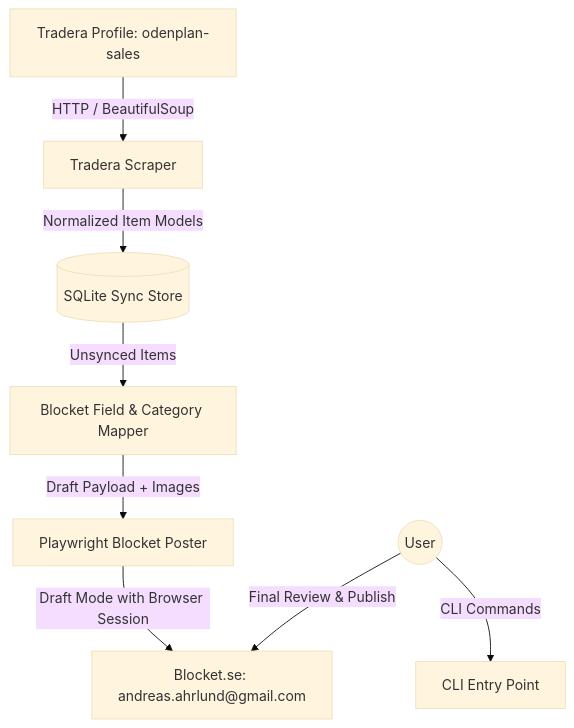
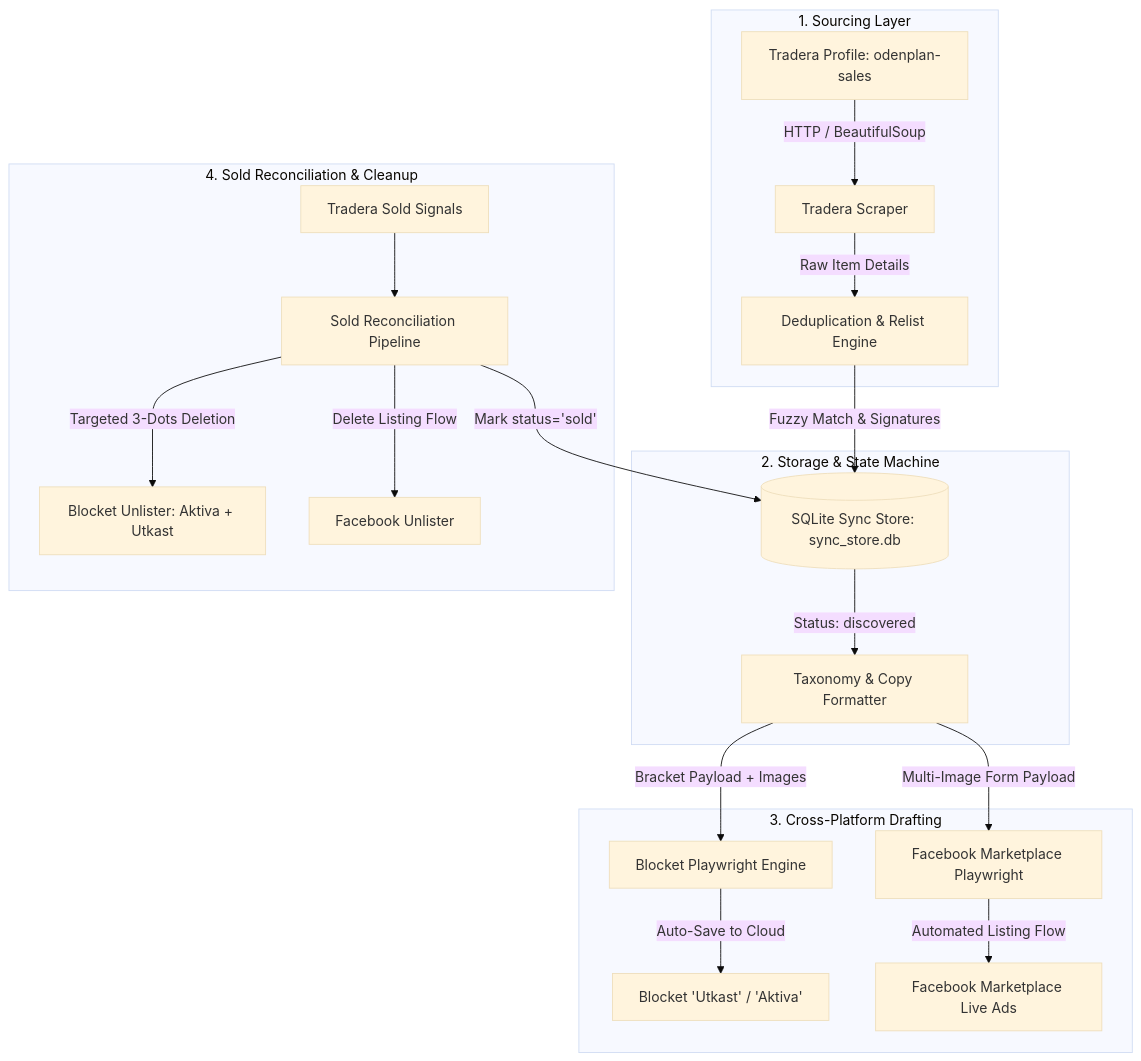
Before and after one commit to AndreasAAR/Item_Trading_Bot: the diagram in docs/ARCHITECTURE.md, drawn with Mermaid (base theme). The commit also changed other lines of this file and 4 other files, not shown here.

Commit message:
Refactor scratch scripts into organized directories and update architecture docs and codemaps

````diff
--- a/docs/ARCHITECTURE.md
+++ b/docs/ARCHITECTURE.md
@@ -6,10 +6,27 @@
 ```mermaid
-graph TD
-    Tradera[Tradera Profile: odenplan-sales] -->|HTTP / BeautifulSoup| Scraper[Tradera Scraper]
-    Scraper -->|Normalized Item Models| Storage[(SQLite Sync Store)]
-    Storage -->|Unsynced Items| Mapper[Blocket Field & Category Mapper]
-    Mapper -->|Draft Payload + Images| Automation[Playwright Blocket Poster]
-    Automation -->|Draft Mode with Browser Session| Blocket[Blocket.se: andreas.ahrlund@gmail.com]
-    User((User)) -->|CLI Commands| CLI[CLI Entry Point]
-    User -->|Final Review & Publish| Blocket
+flowchart TD
+    subgraph Sourcing ["1. Sourcing Layer"]
+        Tradera[Tradera Profile: odenplan-sales] -->|HTTP / BeautifulSoup| Scraper[Tradera Scraper]
+        Scraper -->|Raw Item Details| Dedupe[Deduplication & Relist Engine]
+    end
+
+    subgraph StorageLayer ["2. Storage & State Machine"]
+        Dedupe -->|Fuzzy Match & Signatures| Storage[(SQLite Sync Store: sync_store.db)]
+        Storage -->|Status: discovered| Mapper[Taxonomy & Copy Formatter]
+    end
+
+    subgraph Drafting ["3. Cross-Platform Drafting"]
+        Mapper -->|Bracket Payload + Images| BlocketDrafter[Blocket Playwright Engine]
+        Mapper -->|Multi-Image Form Payload| FBDrafter[Facebook Marketplace Playwright]
+
+        BlocketDrafter -->|Auto-Save to Cloud| BlocketDrafts[Blocket 'Utkast' / 'Aktiva']
+        FBDrafter -->|Automated Listing Flow| FBLive[Facebook Marketplace Live Ads]
+    end
+
+    subgraph Reconciliation ["4. Sold Reconciliation & Cleanup"]
+        TraderaSold[Tradera Sold Signals] --> SoldReconciler[Sold Reconciliation Pipeline]
+        SoldReconciler -->|Targeted 3-Dots Deletion| BlocketUnlister[Blocket Unlister: Aktiva + Utkast]
+        SoldReconciler -->|Delete Listing Flow| FBUnlister[Facebook Unlister]
+        SoldReconciler -->|Mark status='sold'| Storage
+    end
 ```
````
